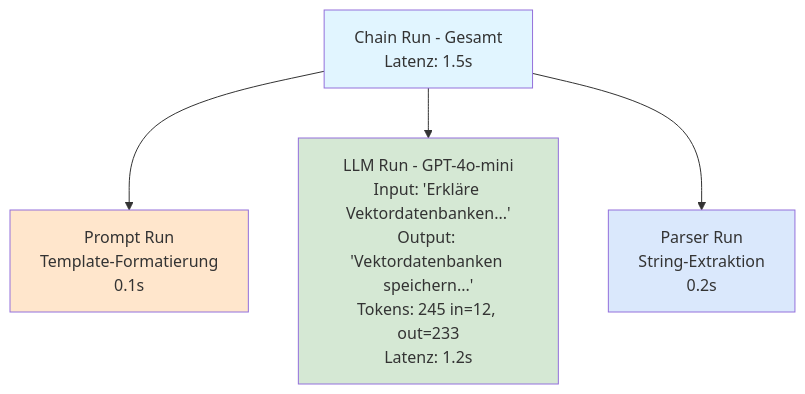
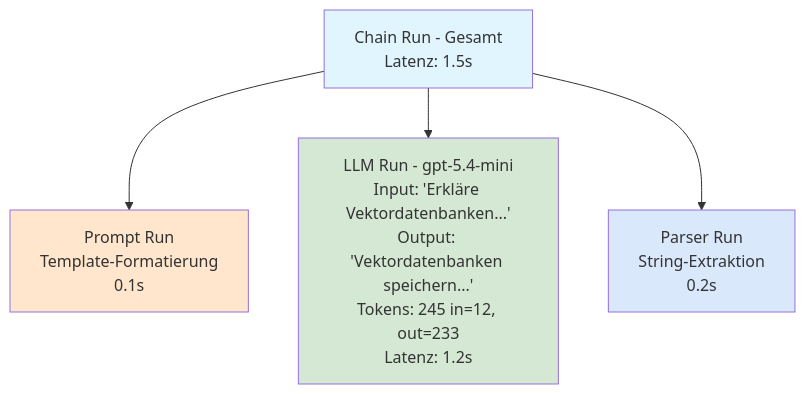
One commit to ralf-42/Agenten changed the third of 5 diagrams in docs/05-frameworks/einsteiger-langsmith.md. Above: the diagram before and after it, drawn with Mermaid. The commit also changed other lines of this file and 68 other files, not shown here.

````diff
--- a/docs/05-frameworks/einsteiger-langsmith.md
+++ b/docs/05-frameworks/einsteiger-langsmith.md
@@ -243,16 +243,16 @@
 ```mermaid
 graph TB
     CHAIN[Chain Run - Gesamt<br/>Latenz: 1.5s]
     PROMPT[Prompt Run<br/>Template-Formatierung<br/>0.1s]
-    LLM[LLM Run - GPT-4o-mini<br/>Input: 'Erkläre Vektordatenbanken...'<br/>Output: 'Vektordatenbanken speichern...'<br/>Tokens: 245 in=12, out=233<br/>Latenz: 1.2s]
+    LLM[LLM Run - gpt-5.4-mini<br/>Input: 'Erkläre Vektordatenbanken...'<br/>Output: 'Vektordatenbanken speichern...'<br/>Tokens: 245 in=12, out=233<br/>Latenz: 1.2s]
     PARSER[Parser Run<br/>String-Extraktion<br/>0.2s]
 
     CHAIN --> PROMPT
     CHAIN --> LLM
     CHAIN --> PARSER
 
     style CHAIN fill:#e1f5ff
     style PROMPT fill:#ffe6cc
     style LLM fill:#d5e8d4
     style PARSER fill:#dae8fc
 ```
````
